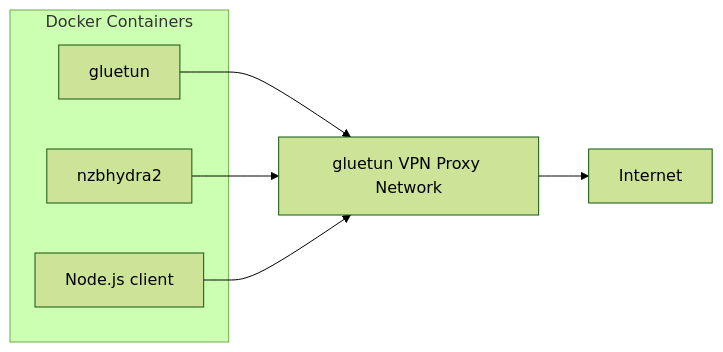
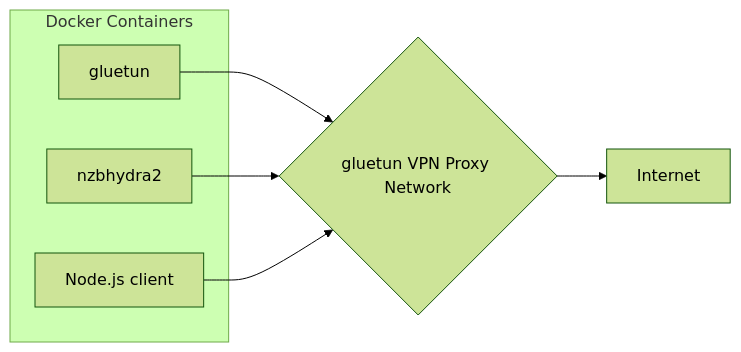
Before and after one commit to handtrixx/wiki: the diagram in Apps-Server/gluetun.md, drawn with Mermaid (forest theme). The commit also changed other lines of this file, not shown here.

Commit message:
docs: update Apps-Server/gluetun

````diff
--- a/Apps-Server/gluetun.md
+++ b/Apps-Server/gluetun.md
@@ -13,14 +13,14 @@
 ```mermaid
-flowchart LR;
+flowchart LR
 subgraph AA [Docker Containers]
 A[gluetun];
 B[nzbhydra2];
 C[Node.js client];
 end
 E[Internet];
-Z[gluetun VPN Proxy Network];
+Z{gluetun VPN Proxy Network};
 A --> Z;
 B --> Z;
 C --> Z;
 Z --> E;
 ```
````
